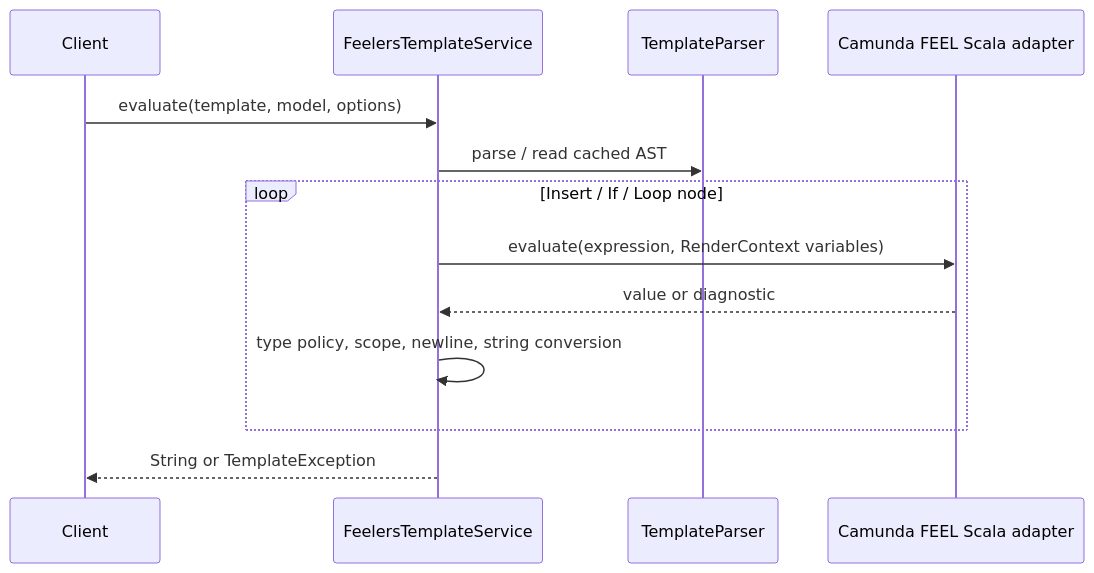
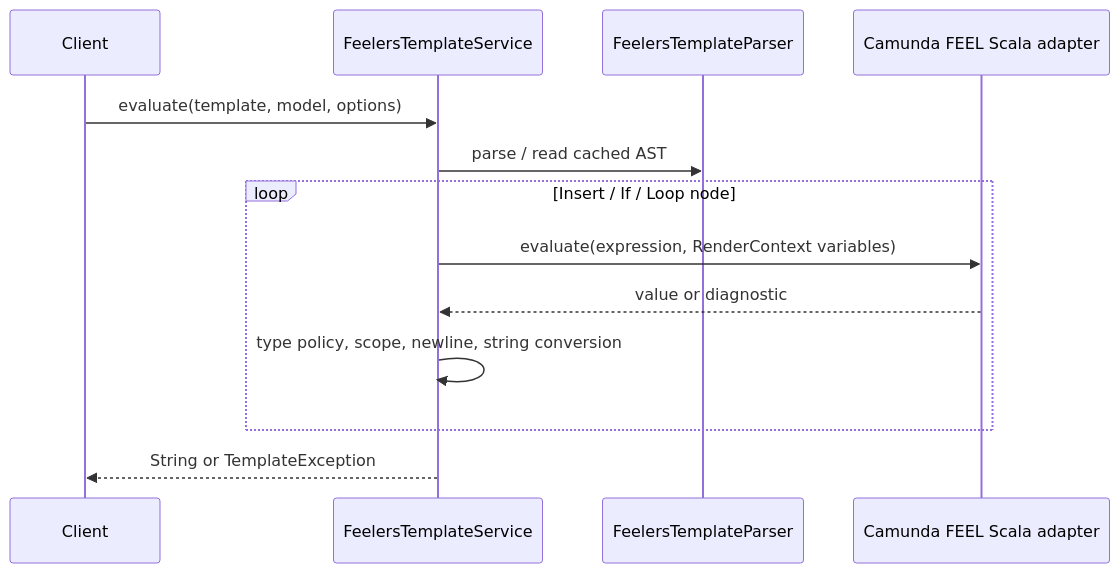
The second of 2 diagrams in docs/feelers-java-backend-design.en.md (TechWang-coding/feelers-java), drawn with Mermaid before and after one commit. The commit also changed other lines of this file and 30 other files, not shown here.

Commit message:
refine feelers template

````diff
--- a/docs/feelers-java-backend-design.en.md
+++ b/docs/feelers-java-backend-design.en.md
@@ -115,15 +121,15 @@
 ```mermaid
 sequenceDiagram
   participant Client
   participant Service as FeelersTemplateService
-  participant Parser as TemplateParser
+  participant Parser as FeelersTemplateParser
   participant FEEL as Camunda FEEL Scala adapter
   Client->>Service: evaluate(template, model, options)
   Service->>Parser: parse / read cached AST
   loop Insert / If / Loop node
     Service->>FEEL: evaluate(expression, RenderContext variables)
     FEEL-->>Service: value or diagnostic
     Service->>Service: type policy, scope, newline, string conversion
   end
   Service-->>Client: String or TemplateException
 ```
````
